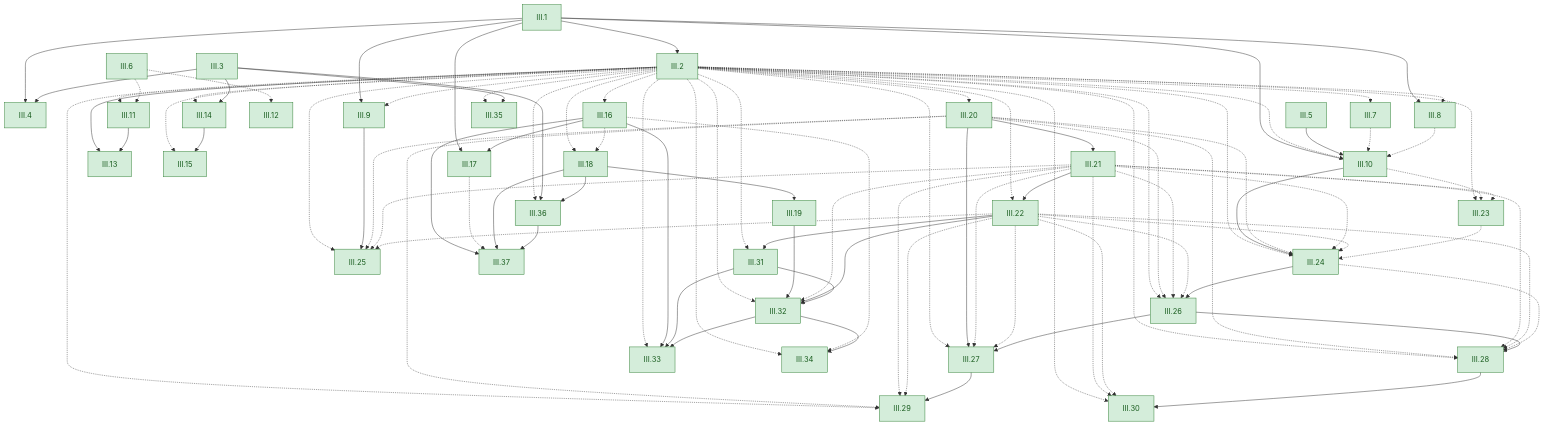
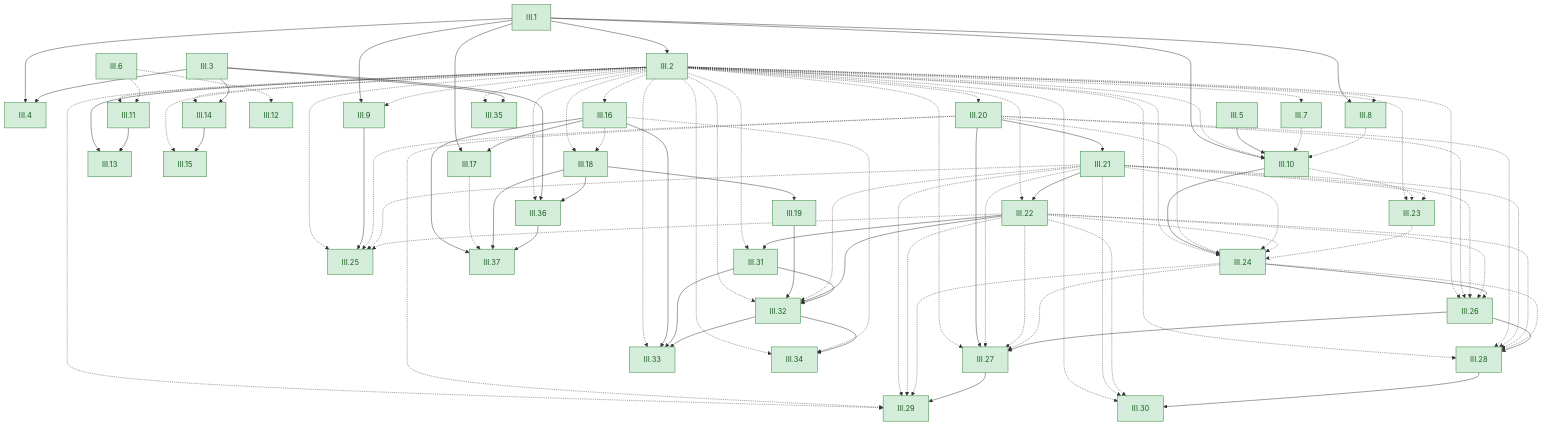
The sixth of 6 diagrams in GRAPH.md (dodecaplex-co/stoicheia), drawn with Mermaid before and after one commit. The commit also changed other lines of this file and 14 other files, not shown here.

```diff
--- a/GRAPH.md
+++ b/GRAPH.md
@@ -852,6 +852,7 @@
   III20 --> III27
   III21 -.-> III27
   III22 -.-> III27
+  III24 -.-> III27
   III26 --> III27
   III2 -.-> III28
   III20 -.-> III28
@@ -863,6 +864,7 @@
   III20 -.-> III29
   III21 -.-> III29
   III22 -.-> III29
+  III24 -.-> III29
   III27 --> III29
   III2 -.-> III30
   III21 -.-> III30
```
